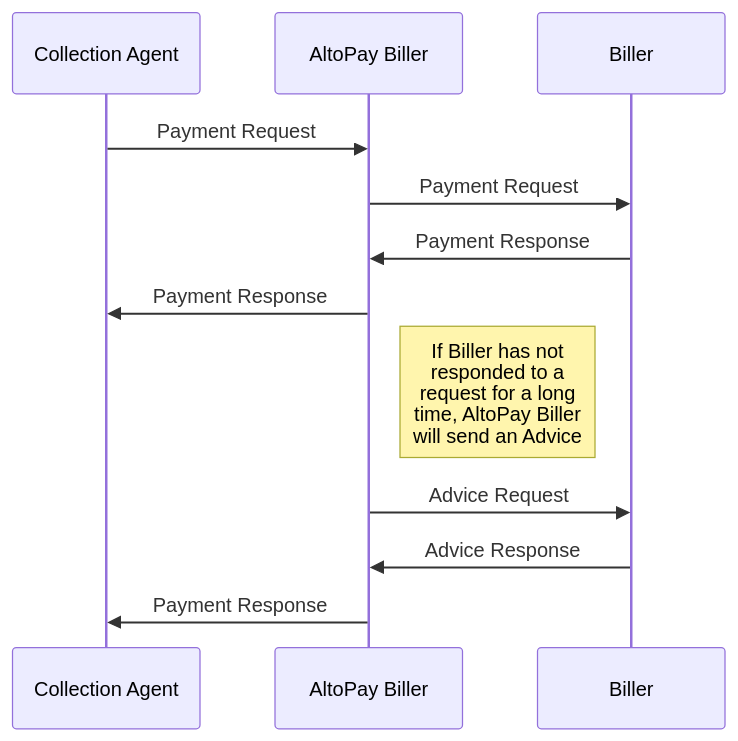
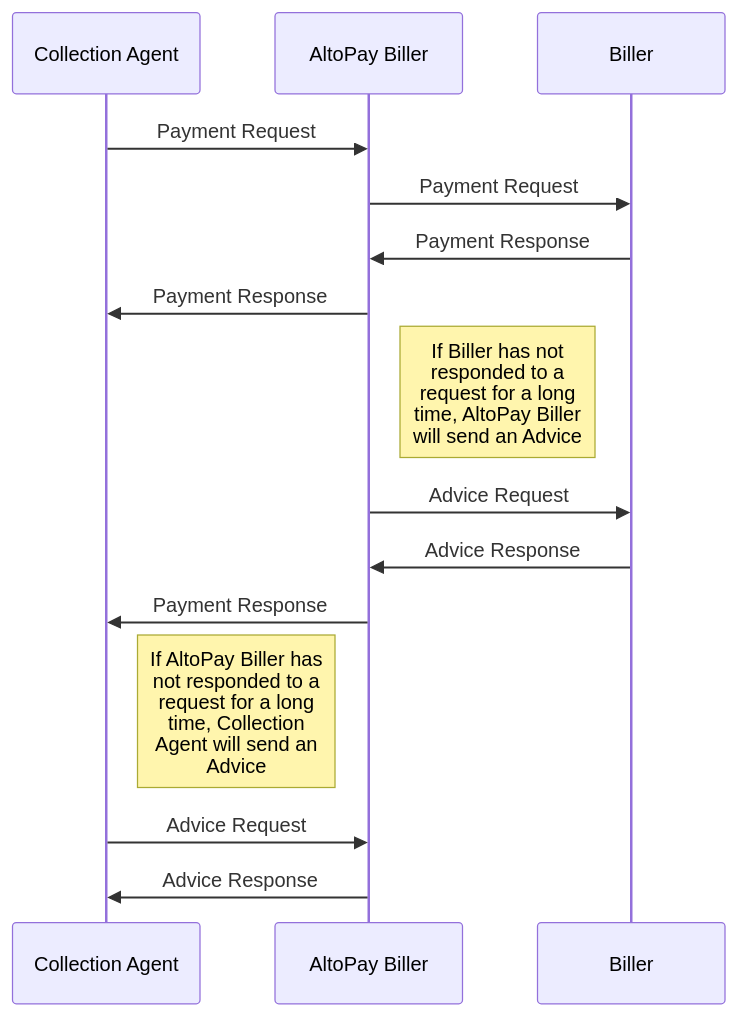
The diagram in README.md (kamshory/EBIPPMessageSpecification), drawn with Mermaid before and after one commit. The commit also changed other lines of this file, not shown here.

````diff
--- a/README.md
+++ b/README.md
@@ -7,11 +8,15 @@
 ```mermaid
 sequenceDiagram
 Collection Agent ->> AltoPay Biller: Payment Request
 AltoPay Biller->>Biller: Payment Request
 Biller->> AltoPay Biller: Payment Response
 AltoPay Biller->> Collection Agent: Payment Response
 Note right of AltoPay Biller: If Biller has not <br>responded to a <br>request for a long <br>time, AltoPay Biller <br>will send an Advice
 AltoPay Biller->>Biller: Advice Request
 Biller->> AltoPay Biller: Advice Response
 AltoPay Biller->>Collection Agent : Payment Response
+Note right of Collection Agent: If AltoPay Biller has <br>not responded to a <br>request for a long <br>time, Collection <br>Agent will send an <br>Advice
+Collection Agent ->> AltoPay Biller: Advice Request
+AltoPay Biller->> Collection Agent: Advice Response
+
 ```
````
